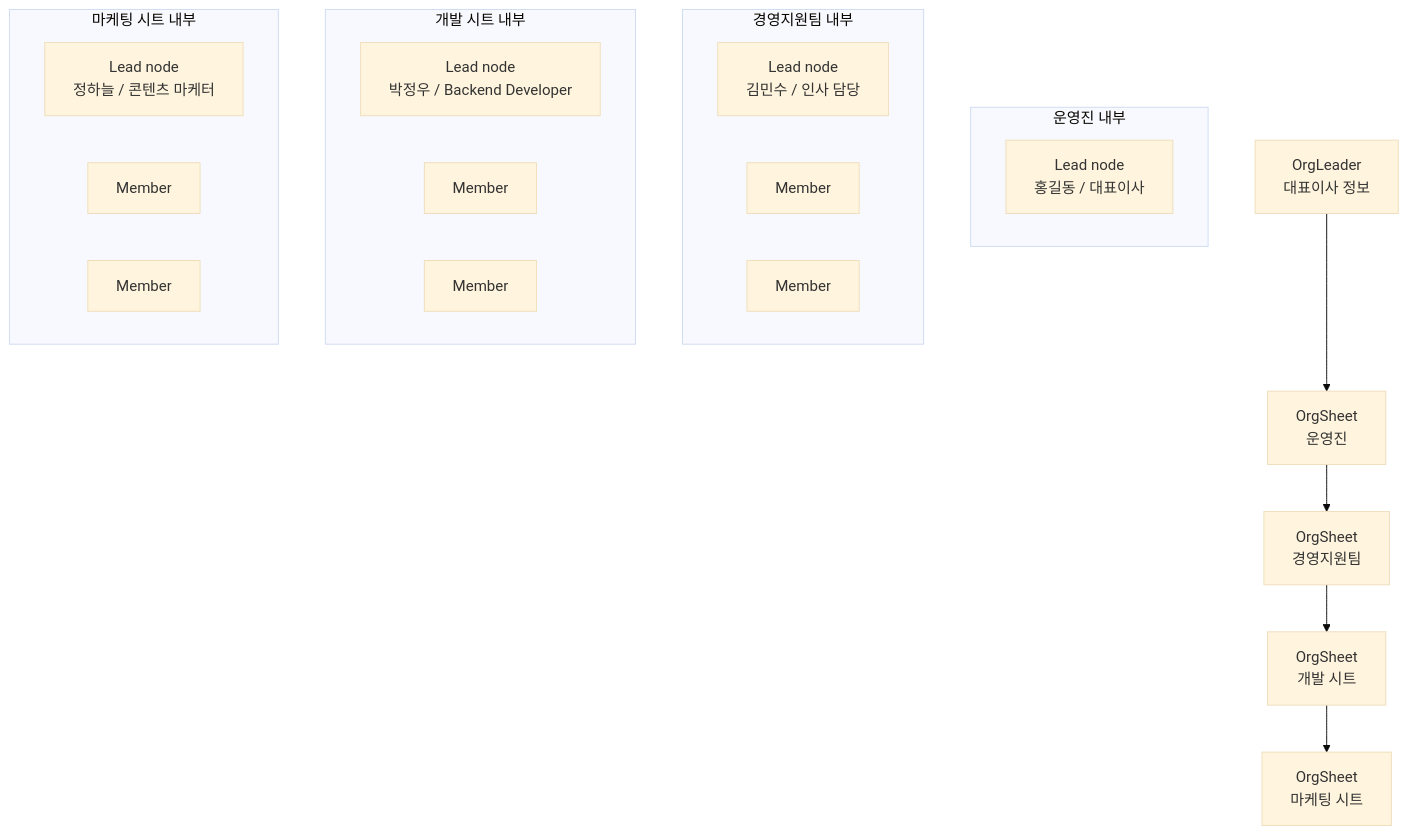
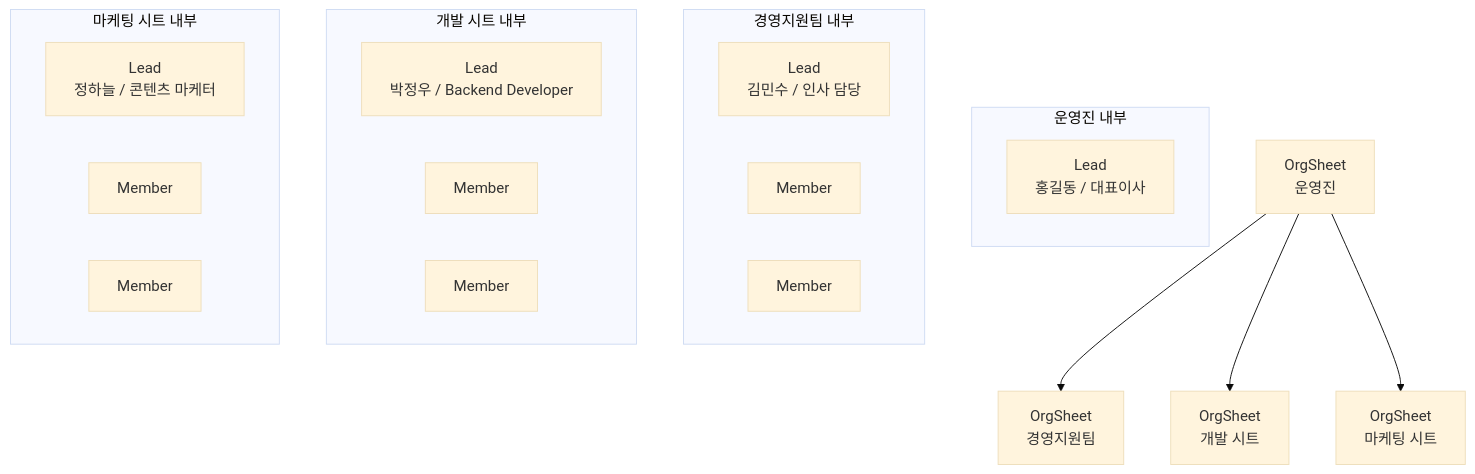
Before and after one commit to Logan-kim-the-philosopher/cadystat-teams: the diagram in docs/organization-schema.md, drawn with Mermaid (base theme). The commit also changed other lines of this file and 5 other files, not shown here.

Commit message:
Re-root organization chart at operating team

````diff
--- a/docs/organization-schema.md
+++ b/docs/organization-schema.md
@@ -7,36 +8,33 @@
 ```mermaid
 flowchart TD
-  leader[OrgLeader\n대표이사 정보]
+  s0[OrgSheet\n운영진]
+  s1[OrgSheet\n경영지원팀]
+  s2[OrgSheet\n개발 시트]
+  s3[OrgSheet\n마케팅 시트]
 
-  s1[OrgSheet\n운영진]
-  s2[OrgSheet\n경영지원팀]
-  s3[OrgSheet\n개발 시트]
-  s4[OrgSheet\n마케팅 시트]
+  s0 --> s1
+  s0 --> s2
+  s0 --> s3
 
-  leader --> s1
-  s1 --> s2
-  s2 --> s3
-  s3 --> s4
-
-  subgraph sheet1[운영진 내부]
-    l1[Lead node\n홍길동 / 대표이사]
+  subgraph exec[운영진 내부]
+    l0[Lead\n홍길동 / 대표이사]
   end
 
-  subgraph sheet2[경영지원팀 내부]
-    l2[Lead node\n김민수 / 인사 담당]
+  subgraph ops[경영지원팀 내부]
+    l1[Lead\n김민수 / 인사 담당]
+    m11[Member]
+    m12[Member]
+  end
+
+  subgraph eng[개발 시트 내부]
+    l2[Lead\n박정우 / Backend Developer]
     m21[Member]
     m22[Member]
   end
 
-  subgraph sheet3[개발 시트 내부]
-    l3[Lead node\n박정우 / Backend Developer]
+  subgraph prod[마케팅 시트 내부]
+    l3[Lead\n정하늘 / 콘텐츠 마케터]
     m31[Member]
     m32[Member]
   end
-
-  subgraph sheet4[마케팅 시트 내부]
-    l4[Lead node\n정하늘 / 콘텐츠 마케터]
-    m41[Member]
-    m42[Member]
-  end
 ```
````
